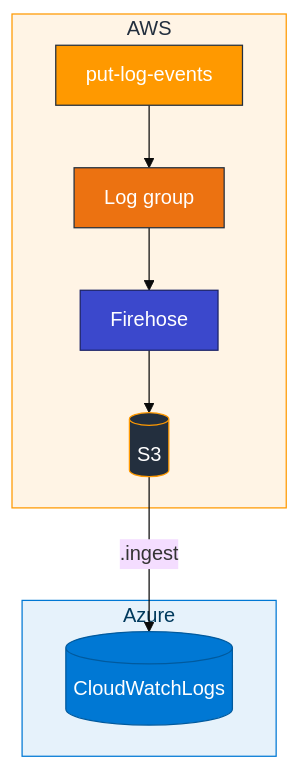
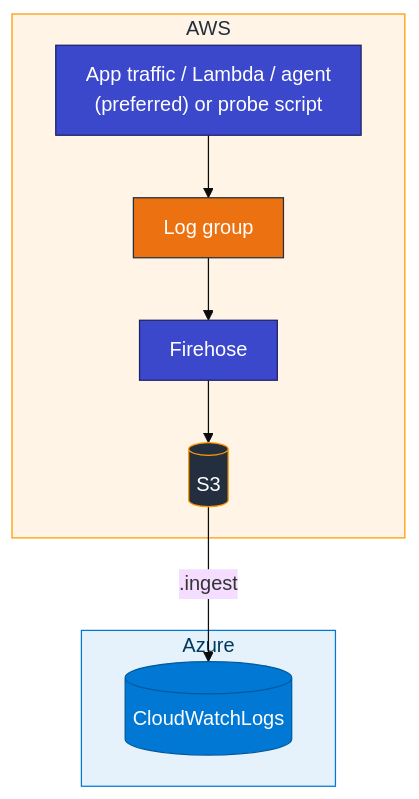
Before and after one commit to atingupta2005/adx-aws-training-aug-26: the first of 2 diagrams in Module_03_AWS_CloudWatch/03_CloudWatch_to_ADX_Concepts.md, drawn with Mermaid. The commit also changed other lines of this file and 8 other files, not shown here.

First line of the commit message:
Prefer real-shaped CloudWatch app traffic in Module 03.

````diff
--- a/Module_03_AWS_CloudWatch/03_CloudWatch_to_ADX_Concepts.md
+++ b/Module_03_AWS_CloudWatch/03_CloudWatch_to_ADX_Concepts.md
@@ -11,24 +11,24 @@
 ```mermaid
 %%{init: {"theme":"base","flowchart":{"htmlLabels":true,"padding":12}}}%%
 flowchart TB
   subgraph awsBox [AWS]
-    PUT["put-log-events"]
+    SRC["App traffic / Lambda / agent<br/>(preferred) or probe script"]
     LG["Log group"]
     FH["Firehose"]
     S3[("S3")]
   end
   subgraph azureBox [Azure]
     CW[("CloudWatchLogs")]
   end
-  PUT --> LG
+  SRC --> LG
   LG --> FH
   FH --> S3
   S3 -->|".ingest"| CW
   style awsBox fill:#FFF4E5,stroke:#FF9900,color:#232F3E
   style azureBox fill:#E6F2FB,stroke:#0078D4,color:#003A5D
-  style PUT fill:#FF9900,stroke:#232F3E,color:#fff
+  style SRC fill:#3B48CC,stroke:#1B2266,color:#fff
   style LG fill:#EC7211,stroke:#232F3E,color:#fff
   style FH fill:#3B48CC,stroke:#1B2266,color:#fff
   style S3 fill:#232F3E,stroke:#FF9900,color:#fff
   style CW fill:#0078D4,stroke:#005A9E,color:#fff
 ```
````
